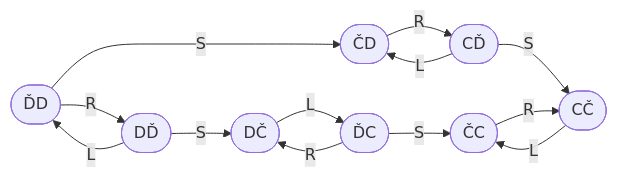
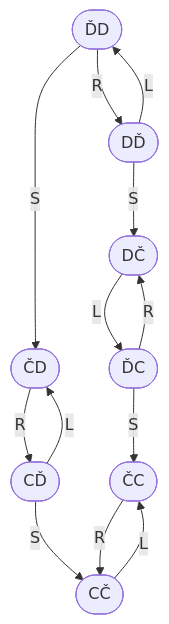
The first of 3 diagrams in p/problems.md (conmaol/maglocunus), drawn with Mermaid before and after one commit. The commit also changed other lines of this file, not shown here.

First line of the commit message:
Modify mermaid graphs and add sensor descriptions

````diff
--- a/p/problems.md
+++ b/p/problems.md
@@ -22,23 +22,23 @@
 ```mermaid
-graph LR
+graph TD
   state1(["ĎD"])
   state2(["DĎ"])
   state3(["ĎC"])
   state4(["DČ"])
   state5(["ČD"])
   state6(["CĎ"])
   state7(["ČC"])
   state8(["CČ"])
   state1 -- R --> state2
   state1 -- S --> state5 
   state2 -- L --> state1
   state2 -- S --> state4
   state3 -- R --> state4
   state3 -- S --> state7
   state4 -- L --> state3
   state5 -- R --> state6
   state6 -- L --> state5
   state6 -- S --> state8
   state7 -- R --> state8
   state8 -- L --> state7
 ```
````
